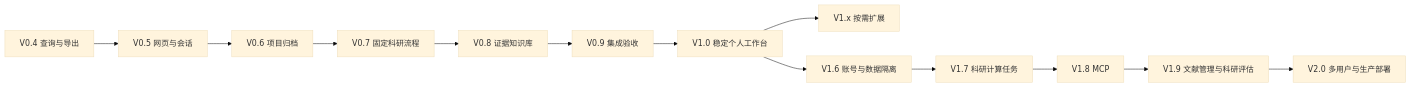
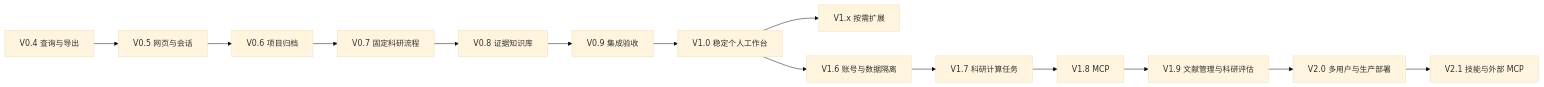
Before and after one commit to lct808846/siderfolio: the diagram in docs/ROADMAP.md, drawn with Mermaid (base theme). The commit also changed other lines of this file and 81 other files, not shown here.

````diff
--- a/docs/ROADMAP.md
+++ b/docs/ROADMAP.md
@@ -134,15 +155,16 @@
 ```mermaid
 flowchart LR
     A[V0.4 查询与导出] --> B[V0.5 网页与会话]
     B --> C[V0.6 项目归档]
     C --> D[V0.7 固定科研流程]
     D --> E[V0.8 证据知识库]
     E --> F[V0.9 集成验收]
     F --> G[V1.0 稳定个人工作台]
     G --> H[V1.x 按需扩展]
     G --> J[V1.6 账号与数据隔离]
     J --> K[V1.7 科研计算任务]
     K --> L[V1.8 MCP]
     L --> M[V1.9 文献管理与科研评估]
     M --> I[V2.0 多用户与生产部署]
+    I --> N[V2.1 技能与外部 MCP]
 ```
````
